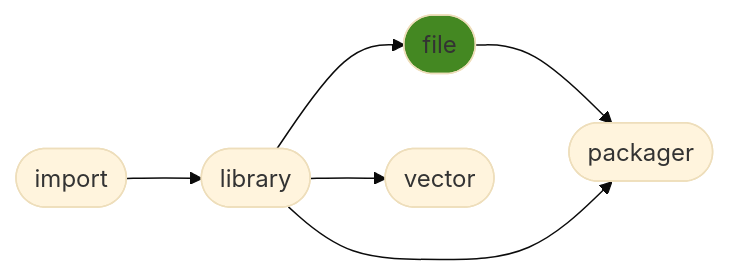
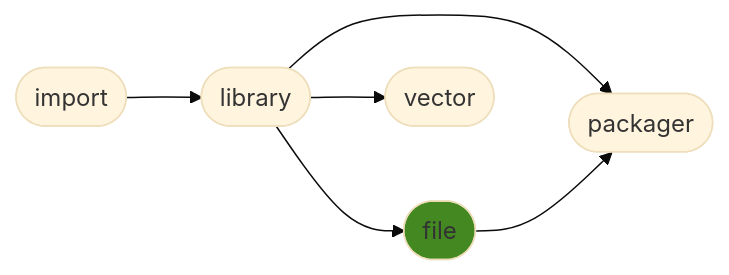
One commit to ManderaGeneral/generalfile changed the diagram in README.md. Above: the diagram before and after it, drawn with Mermaid (base theme). The commit also changed other lines of this file, not shown here.

````diff
--- a/README.md
+++ b/README.md
@@ -16,14 +16,14 @@
 ```mermaid
 flowchart LR
+1([library]) --> 4([packager])
 1([library]) --> 2([file])
 2([file]) --> 4([packager])
+0([import]) --> 1([library])
 1([library]) --> 3([vector])
-0([import]) --> 1([library])
-1([library]) --> 4([packager])
 click 0 "https://github.com/ManderaGeneral/generalimport"
 click 1 "https://github.com/ManderaGeneral/generallibrary"
 click 2 "https://github.com/ManderaGeneral/generalfile"
 click 3 "https://github.com/ManderaGeneral/generalvector"
 click 4 "https://github.com/ManderaGeneral/generalpackager"
 style 2 fill:#482
 ```
````
